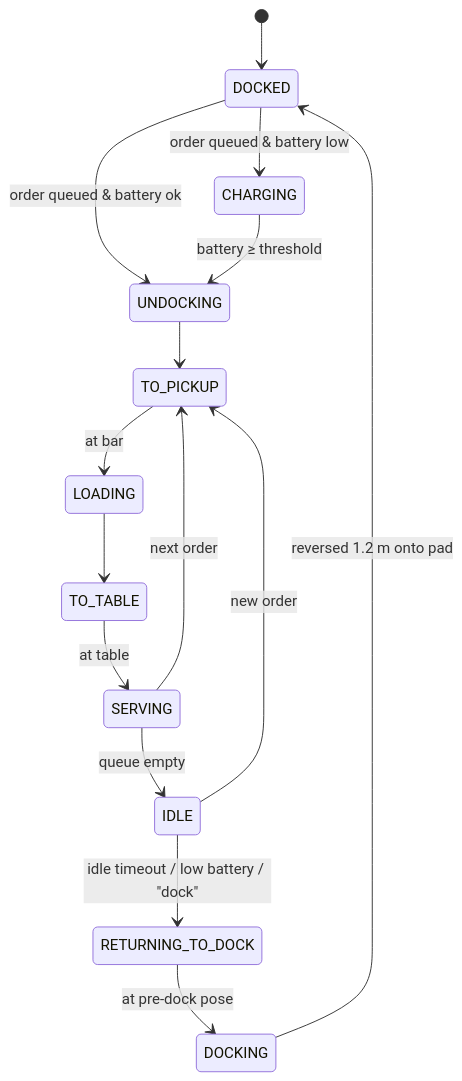
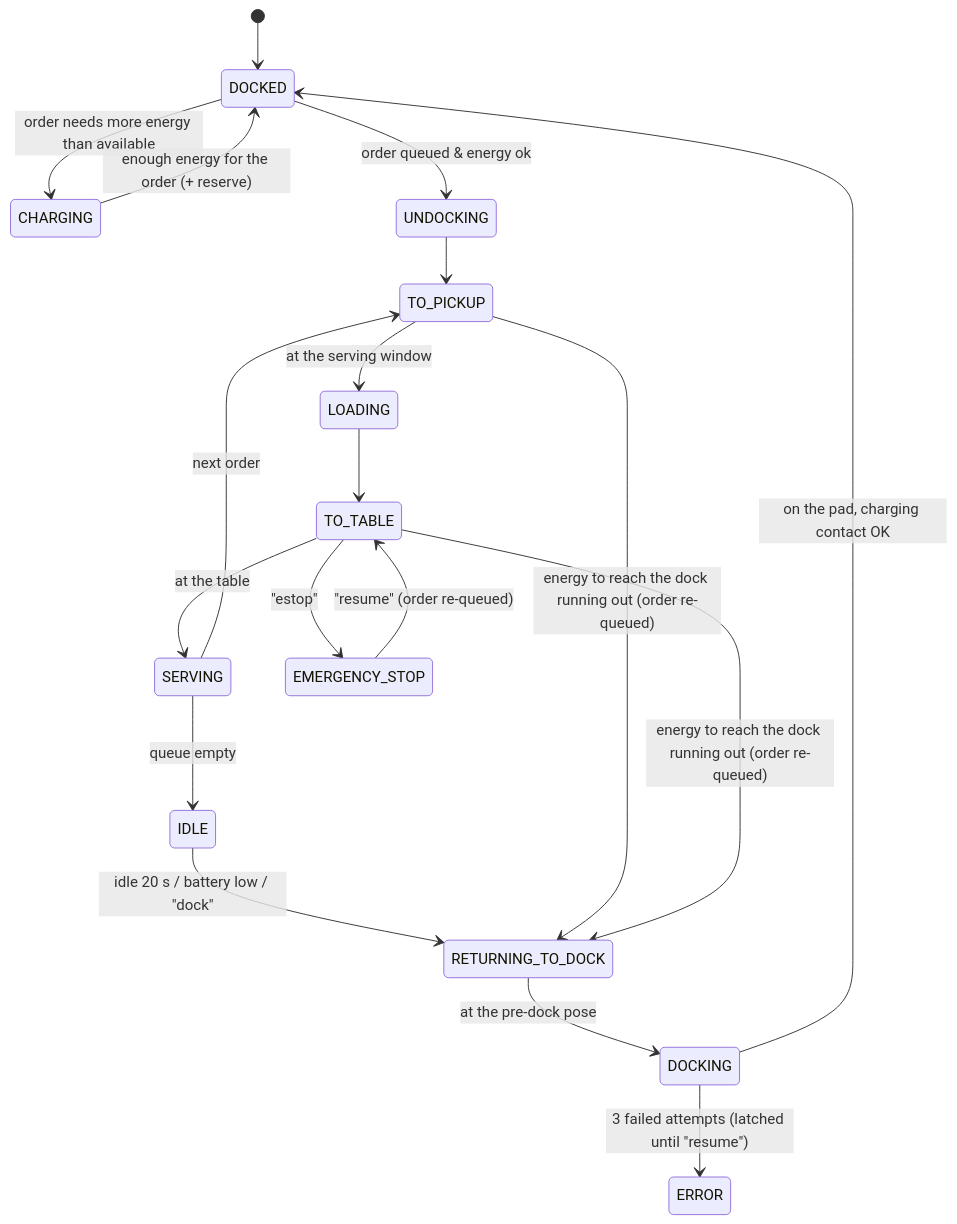
Before and after one commit to ghassenbani10-eng/Iot-Hunters: the diagram in src/tunibot_delivery/README.md, drawn with Mermaid. The commit also changed other lines of this file and 17 other files, not shown here.

````diff
--- a/src/tunibot_delivery/README.md
+++ b/src/tunibot_delivery/README.md
@@ -62,17 +46,21 @@
 ```mermaid
 stateDiagram-v2
   [*] --> DOCKED
-  DOCKED --> UNDOCKING: order queued & battery ok
-  DOCKED --> CHARGING: order queued & battery low
-  CHARGING --> UNDOCKING: battery ≥ threshold
+  DOCKED --> CHARGING: order needs more energy than available
+  CHARGING --> DOCKED: enough energy for the order (+ reserve)
+  DOCKED --> UNDOCKING: order queued & energy ok
   UNDOCKING --> TO_PICKUP
-  TO_PICKUP --> LOADING: at bar
+  TO_PICKUP --> LOADING: at the serving window
   LOADING --> TO_TABLE
-  TO_TABLE --> SERVING: at table
+  TO_TABLE --> SERVING: at the table
   SERVING --> TO_PICKUP: next order
   SERVING --> IDLE: queue empty
-  IDLE --> TO_PICKUP: new order
-  IDLE --> RETURNING_TO_DOCK: idle timeout / low battery / "dock"
-  RETURNING_TO_DOCK --> DOCKING: at pre-dock pose
-  DOCKING --> DOCKED: reversed 1.2 m onto pad
+  IDLE --> RETURNING_TO_DOCK: idle 20 s / battery low / "dock"
+  TO_PICKUP --> RETURNING_TO_DOCK: energy to reach the dock running out (order re-queued)
+  TO_TABLE --> RETURNING_TO_DOCK: energy to reach the dock running out (order re-queued)
+  RETURNING_TO_DOCK --> DOCKING: at the pre-dock pose
+  DOCKING --> DOCKED: on the pad, charging contact OK
+  DOCKING --> ERROR: 3 failed attempts (latched until "resume")
+  TO_TABLE --> EMERGENCY_STOP: "estop"
+  EMERGENCY_STOP --> TO_TABLE: "resume" (order re-queued)
 ```
````
